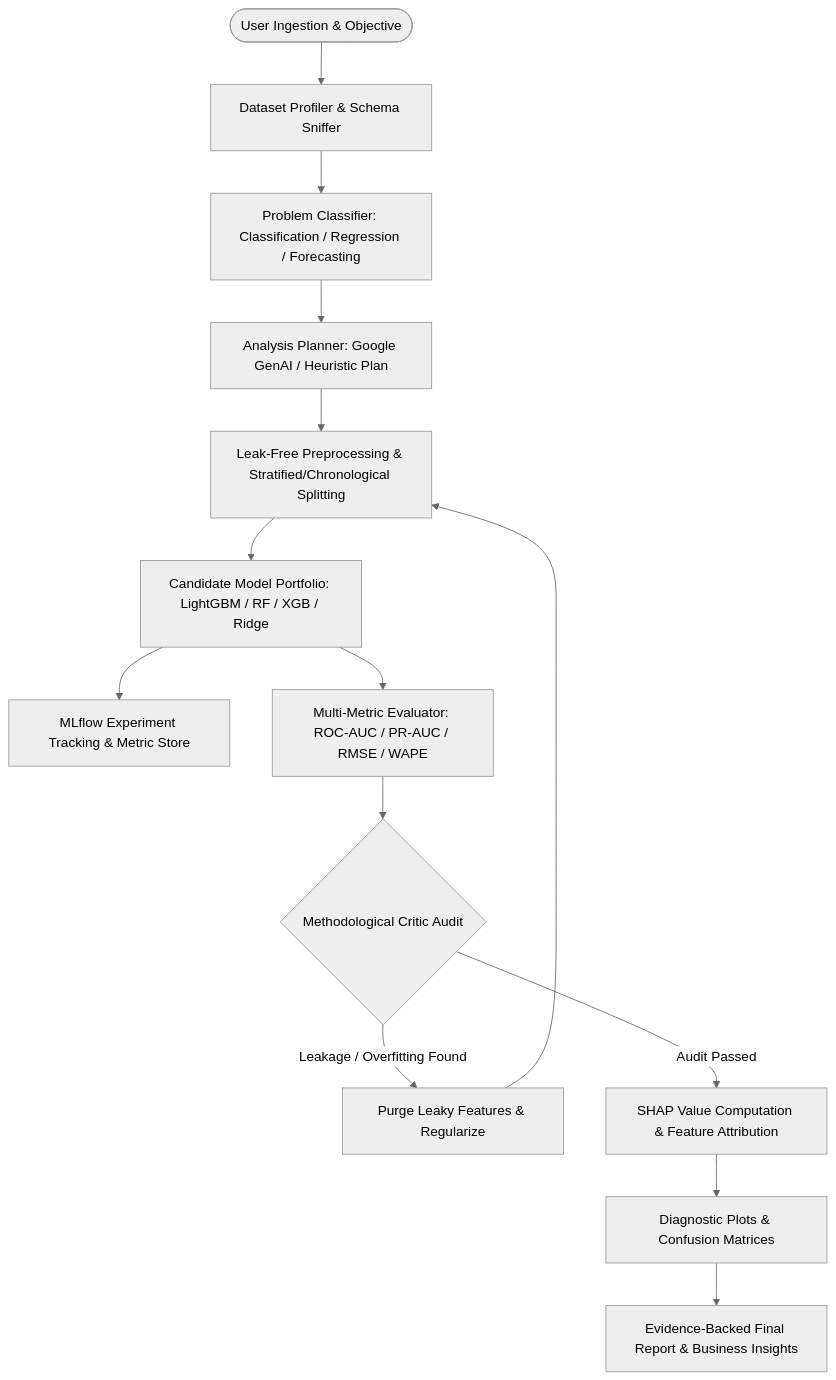
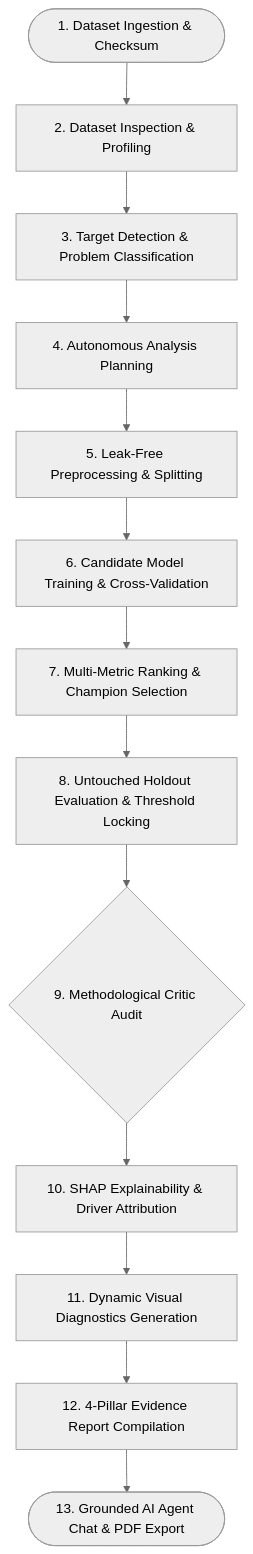
The diagram in README.md (itsmeakarshan/ai-data-scientist), drawn with Mermaid (neutral theme) before and after one commit. The commit also changed other lines of this file and 23 other files, not shown here.

````diff
--- a/README.md
+++ b/README.md
@@ -16,16 +54,15 @@
 ```mermaid
 graph TD
-    User([User Ingestion & Objective]) --> Profiler[Dataset Profiler & Schema Sniffer]
-    Profiler --> Classifier[Problem Classifier: Classification / Regression / Forecasting]
-    Classifier --> Planner[Analysis Planner: Google GenAI / Heuristic Plan]
-    Planner --> Preprocessor[Leak-Free Preprocessing & Stratified/Chronological Splitting]
-    Preprocessor --> Trainer[Candidate Model Portfolio: LightGBM / RF / XGB / Ridge]
-    Trainer --> MLflow[MLflow Experiment Tracking & Metric Store]
-    Trainer --> Evaluator[Multi-Metric Evaluator: ROC-AUC / PR-AUC / RMSE / WAPE]
-    Evaluator --> Critic{Methodological Critic Audit}
-    Critic -- "Leakage / Overfitting Found" --> Remediator[Purge Leaky Features & Regularize]
-    Remediator --> Preprocessor
-    Critic -- "Audit Passed" --> Explainability[SHAP Value Computation & Feature Attribution]
-    Explainability --> Visualizer[Diagnostic Plots & Confusion Matrices]
-    Visualizer --> Reporter[Evidence-Backed Final Report & Business Insights]
+    Upload([1. Dataset Ingestion & Checksum]) --> Profiling[2. Dataset Inspection & Profiling]
+    Profiling --> ProblemDetection[3. Target Detection & Problem Classification]
+    ProblemDetection --> Planning[4. Autonomous Analysis Planning]
+    Planning --> Preprocessing[5. Leak-Free Preprocessing & Splitting]
+    Preprocessing --> Training[6. Candidate Model Training & Cross-Validation]
+    Training --> ModelRanking[7. Multi-Metric Ranking & Champion Selection]
+    ModelRanking --> Holdout[8. Untouched Holdout Evaluation & Threshold Locking]
+    Holdout --> CriticAudit{9. Methodological Critic Audit}
+    CriticAudit --> Explainability[10. SHAP Explainability & Driver Attribution]
+    Explainability --> Diagnostics[11. Dynamic Visual Diagnostics Generation]
+    Diagnostics --> Report[12. 4-Pillar Evidence Report Compilation]
+    Report --> AIAgent([13. Grounded AI Agent Chat & PDF Export])
 ```
````
